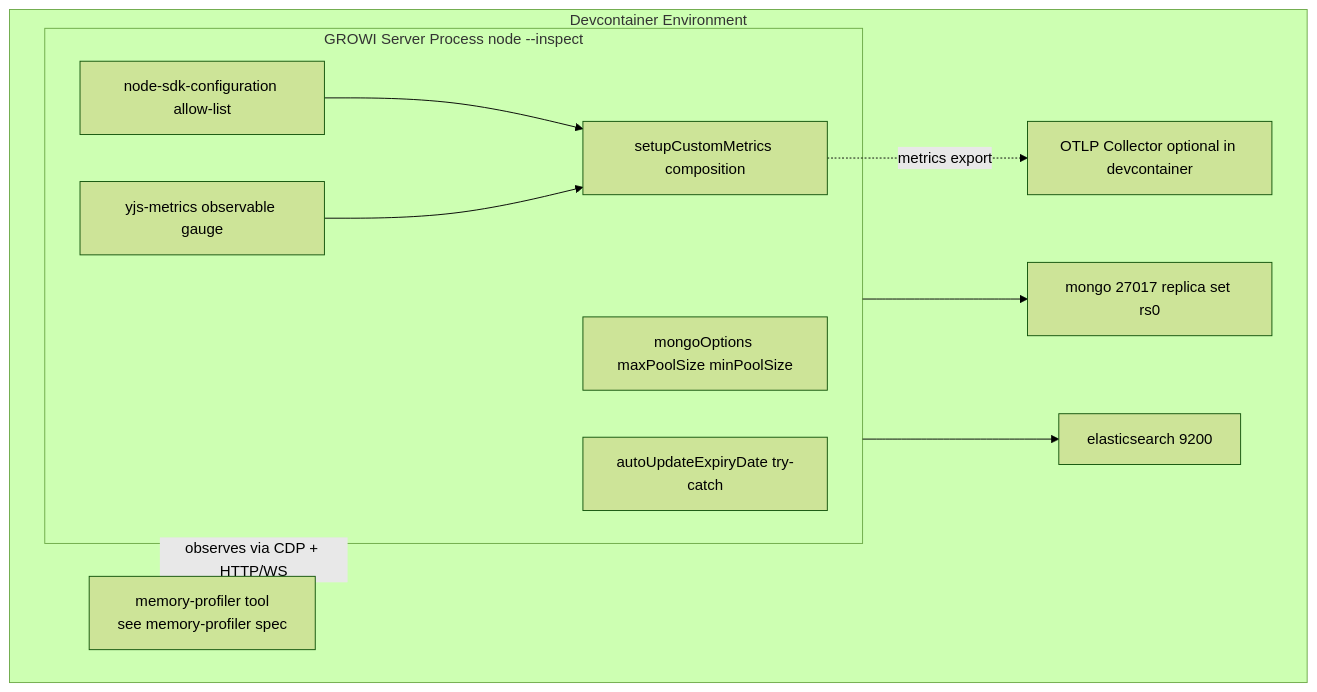
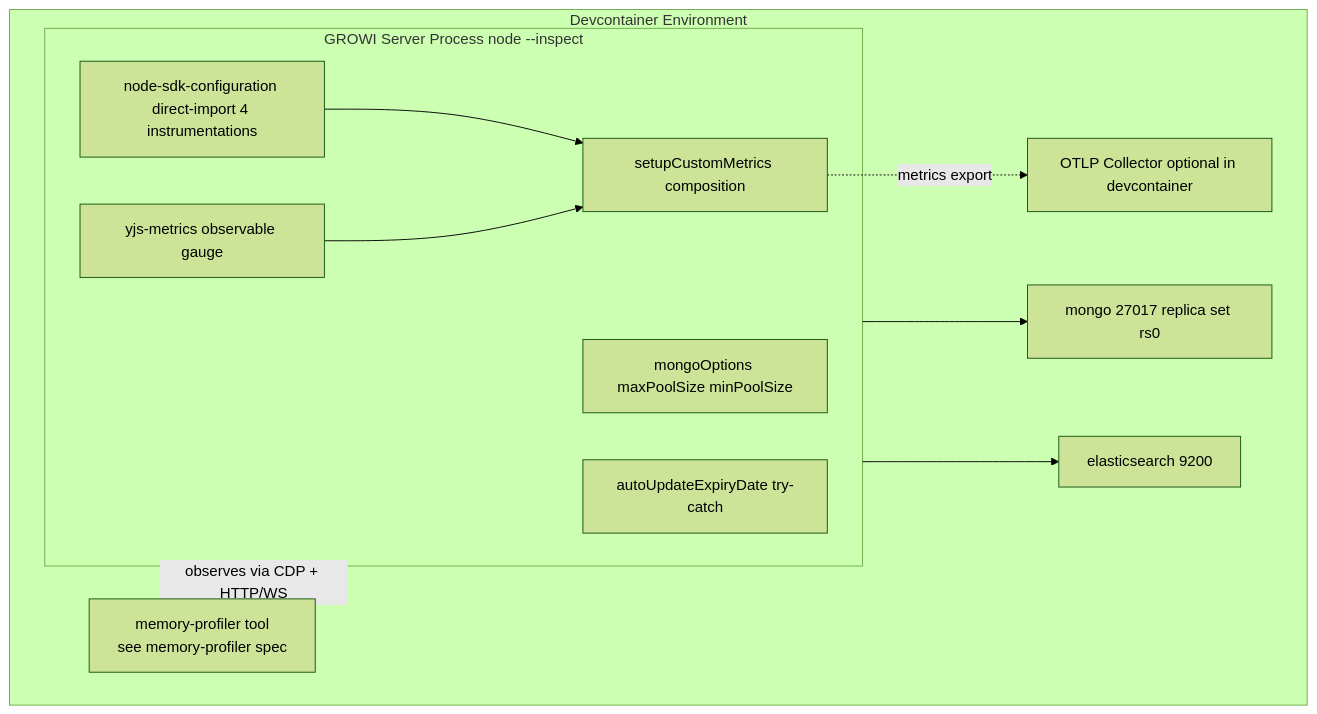
The diagram in .kiro/specs/memory-leak-investigation/design.md (growilabs/growi), drawn with Mermaid (forest theme) before and after one commit. The commit also changed other lines of this file and 5 other files, not shown here.

````diff
--- a/.kiro/specs/memory-leak-investigation/design.md
+++ b/.kiro/specs/memory-leak-investigation/design.md
@@ -82,22 +70,22 @@
 ```mermaid
 graph TB
     subgraph DevcontainerEnv[Devcontainer Environment]
         subgraph ServerProcess[GROWI Server Process node --inspect]
             MongoosePool[mongoOptions maxPoolSize minPoolSize]
-            OtelConfig[node-sdk-configuration allow-list]
+            OtelConfig[node-sdk-configuration direct-import 4 instrumentations]
             YjsMetric[yjs-metrics observable gauge]
             CustomMetrics[setupCustomMetrics composition]
             DefensiveTimer[autoUpdateExpiryDate try-catch]
         end
         ProfilerTool[memory-profiler tool<br/>see memory-profiler spec]
         Mongo[mongo 27017 replica set rs0]
         ES[elasticsearch 9200]
         Otlp[OTLP Collector optional in devcontainer]
     end
     OtelConfig --> CustomMetrics
     YjsMetric --> CustomMetrics
     CustomMetrics -.metrics export.-> Otlp
     ProfilerTool -.observes via CDP + HTTP/WS.-> ServerProcess
     ServerProcess --> Mongo
     ServerProcess --> ES
 ```
````
